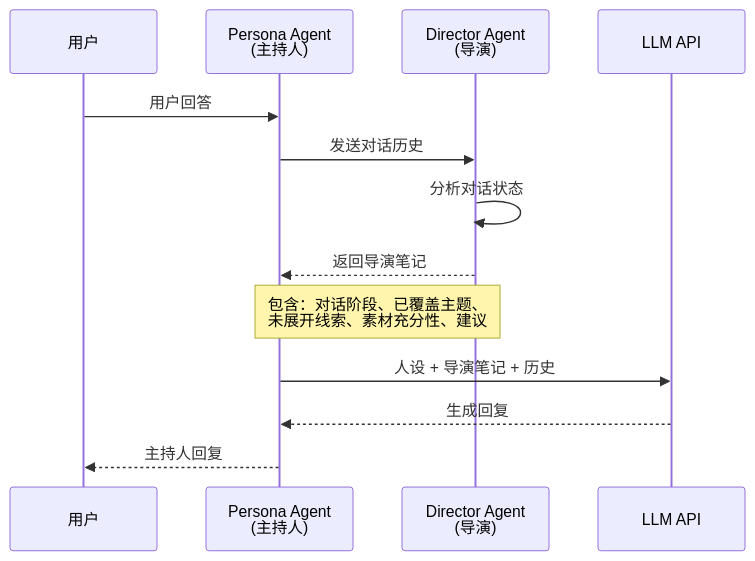
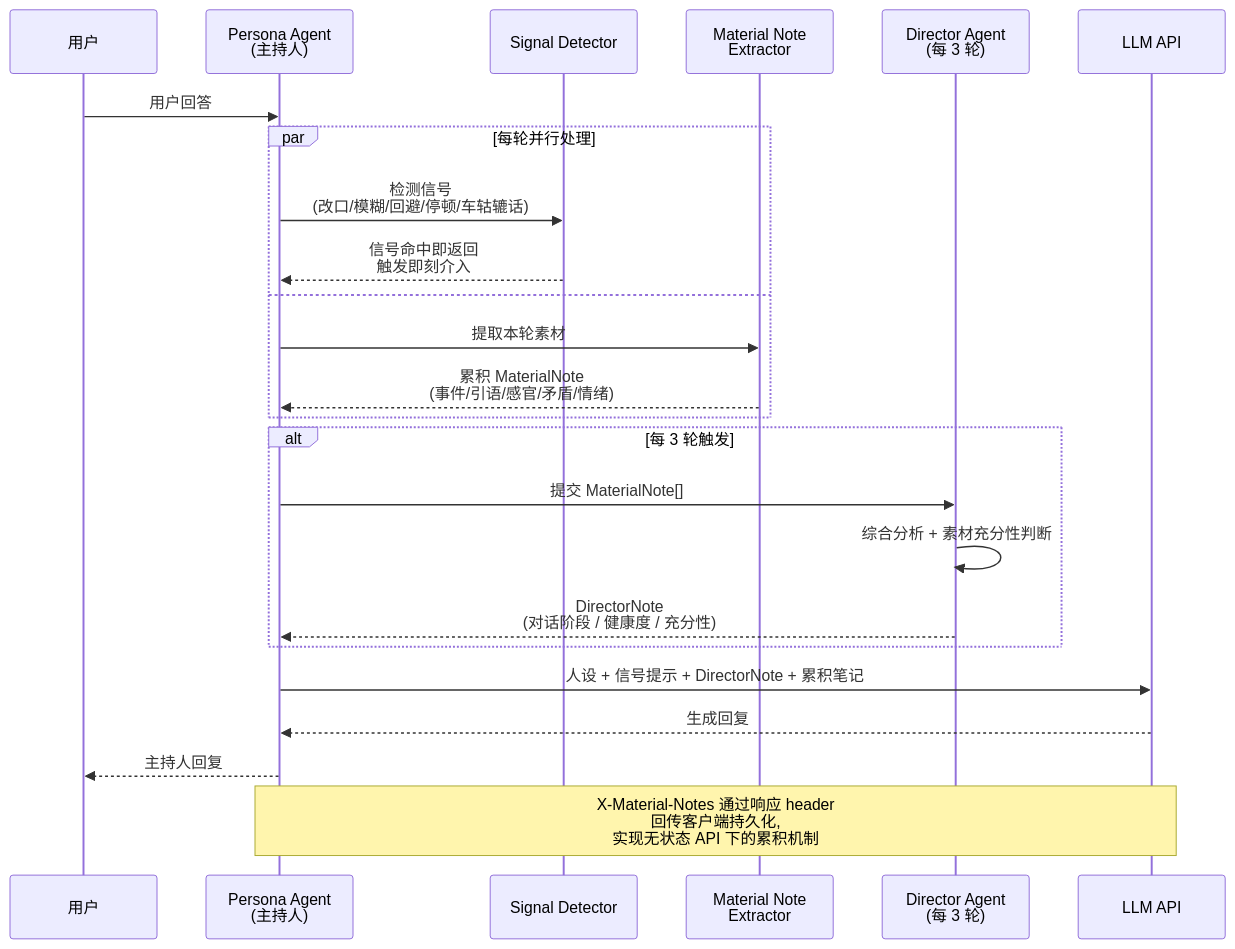
One commit to Lucia-law/wetales changed the second of 2 diagrams in README.md. Above: the diagram before and after it, drawn with Mermaid. The commit also changed other lines of this file, not shown here.

First line of the commit message:
docs: README 同步三个 Agent 升级——架构图/组件表/Writer 6 维度/文章 4 步管道

````diff
--- a/README.md
+++ b/README.md
@@ -70,16 +83,30 @@
 ```mermaid
 sequenceDiagram
     participant U as 用户
     participant P as Persona Agent<br/>(主持人)
-    participant D as Director Agent<br/>(导演)
+    participant SD as Signal Detector
+    participant MN as Material Note<br/>Extractor
+    participant D as Director Agent<br/>(每 3 轮)
     participant LLM as LLM API
 
     U->>P: 用户回答
-    P->>D: 发送对话历史
-    D->>D: 分析对话状态
-    D-->>P: 返回导演笔记
-    Note over D,P: 包含：对话阶段、已覆盖主题、<br/>未展开线索、素材充分性、建议
-    P->>LLM: 人设 + 导演笔记 + 历史
+    par 每轮并行处理
+        P->>SD: 检测信号<br/>(改口/模糊/回避/停顿/车轱辘话)
+        SD-->>P: 信号命中即返回<br/>触发即刻介入
+    and
+        P->>MN: 提取本轮素材
+        MN-->>P: 累积 MaterialNote<br/>(事件/引语/感官/矛盾/情绪)
+    end
+
+    alt 每 3 轮触发
+        P->>D: 提交 MaterialNote[]
+        D->>D: 综合分析 + 素材充分性判断
+        D-->>P: DirectorNote<br/>(对话阶段 / 健康度 / 充分性)
+    end
+
+    P->>LLM: 人设 + 信号提示 + DirectorNote + 累积笔记
     LLM-->>P: 生成回复
     P-->>U: 主持人回复
+
+    Note over P,LLM: X-Material-Notes 通过响应 header<br/>回传客户端持久化,<br/>实现无状态 API 下的累积机制
 ```
````
